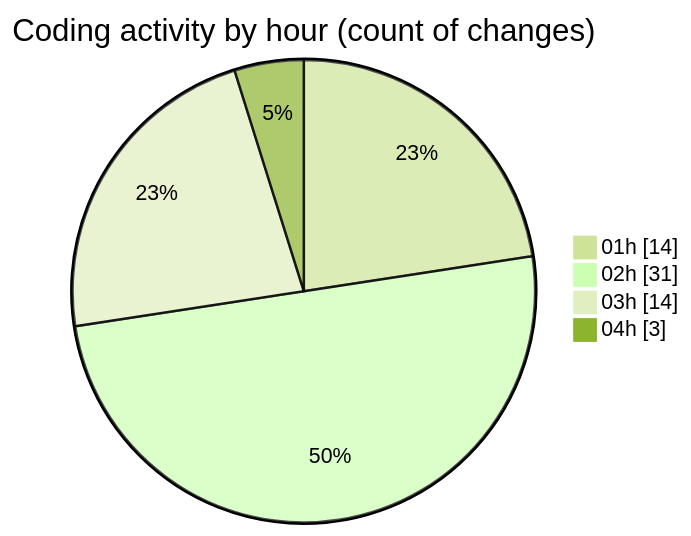
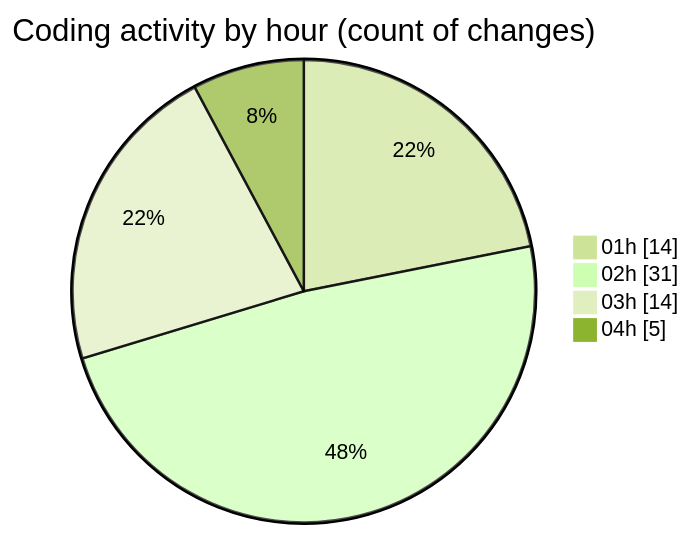
One commit to jrari/code-tracking changed the second of 2 diagrams in 2025-07-13/telebot/README.md. Above: the diagram before and after it, drawn with Mermaid (forest theme). The commit also changed other lines of this file and 1 other file, not shown here.

````diff
--- a/2025-07-13/telebot/README.md
+++ b/2025-07-13/telebot/README.md
@@ -55,8 +55,8 @@
 ```mermaid
 pie showData
 title Coding activity by hour (count of changes)
 "01h" : 14
 "02h" : 31
 "03h" : 14
-"04h" : 3
+"04h" : 5
 ```
````
